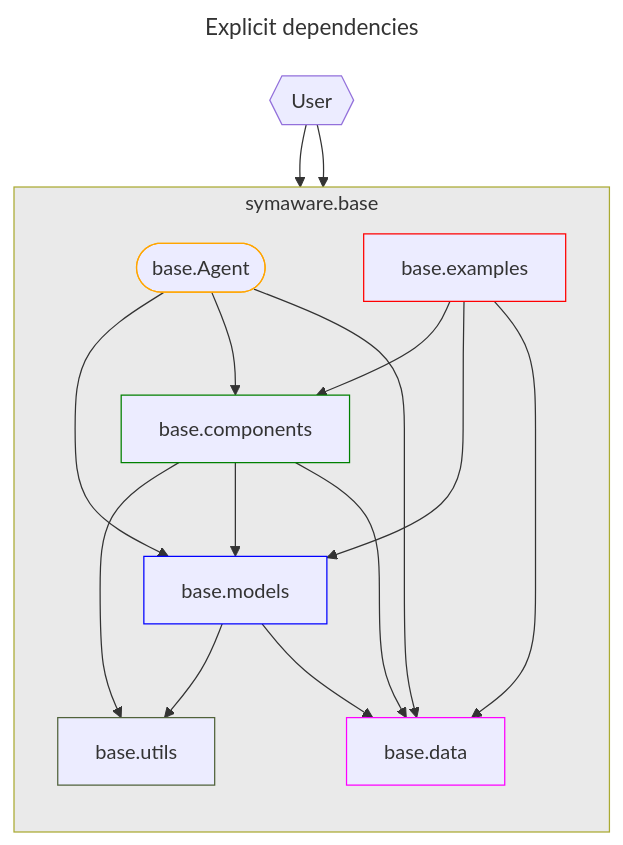
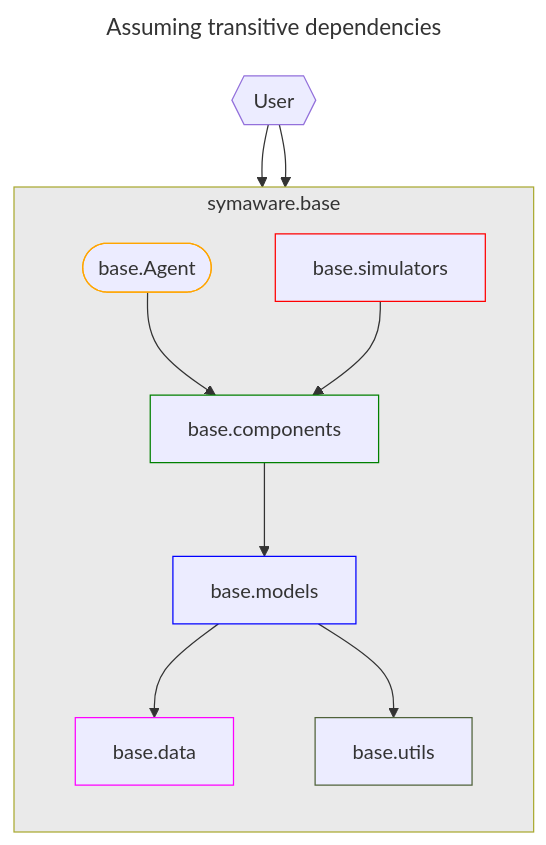
Before and after one commit to TendTo/Newcastle-Presentations: the sixth of 8 diagrams in presentations/EICSymAware-package/README.md, drawn with Mermaid. The commit also changed other lines of this file and 1 other file, not shown here.

````diff
--- a/presentations/EICSymAware-package/README.md
+++ b/presentations/EICSymAware-package/README.md
@@ -229,46 +235,40 @@
 ```mermaid
 ---
-title: Explicit dependencies
+title: Assuming transitive dependencies
 ---
 flowchart TB
     user{{User}}
     subgraph base["symaware.base"]
         direction TB
         agent([base.Agent])
-        examples[base.examples]
+        simulators[base.simulators]
         components[base.components]
         models[base.models]
+        data[base.data]
         utils[base.utils]
-        data[base.data]
     end
 
 user --> agent
-user --> examples
-agent --> models
+user --> simulators
 agent --> components
-agent --> data
-examples --> components
-examples --> models
-examples --> data
-components --> utils
+simulators --> components
 components --> models
-components --> data
+models --> data
 models --> utils
-models --> data
 
 classDef background fill:#00000015
 classDef yellow stroke:#50623A,stroke-width:1px
 classDef red stroke:red,stroke-width:1px
 classDef green stroke:green,stroke-width:1px
 classDef blue stroke:blue,stroke-width:1px
 classDef orange stroke:orange,stroke-width:1px
 classDef magenta stroke:magenta,stroke-width:1px
 
-class examples red;
+class simulators red;
 class agent orange;
 class components green;
 class models blue;
 class utils yellow;
 class data magenta;
 class base background;
 ```
````
